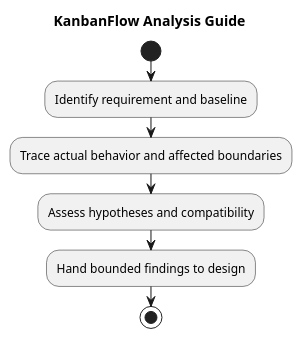
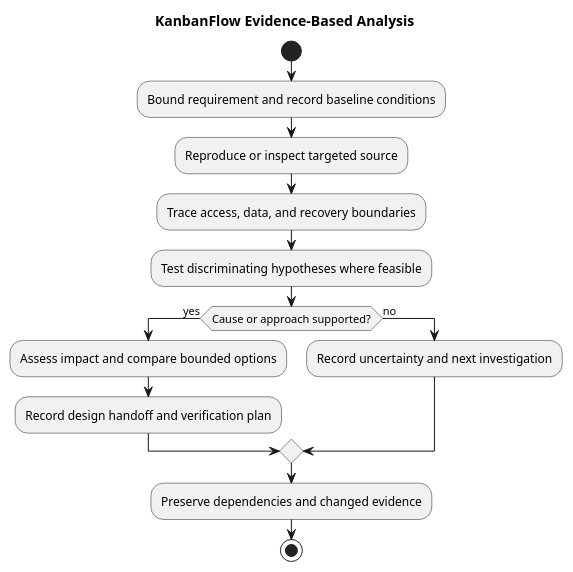
The diagram in docs/SDLC/03-analysis/analysis.md (Farhad-Valizadegan/Web-KanbanFlow), drawn with PlantUML before and after one commit. The commit also changed other lines of this file and 2 other files, not shown here.

Commit message:
docs: complete analysis investigation impact and design handoff

````diff
--- a/docs/SDLC/03-analysis/analysis.md
+++ b/docs/SDLC/03-analysis/analysis.md
@@ -48,11 +137,18 @@
 ```plantuml
 @startuml
-title KanbanFlow Analysis Guide
+title KanbanFlow Evidence-Based Analysis
 start
-:Identify requirement and baseline;
-:Trace actual behavior and affected boundaries;
-:Assess hypotheses and compatibility;
-:Hand bounded findings to design;
+:Bound requirement and record baseline conditions;
+:Reproduce or inspect targeted source;
+:Trace access, data, and recovery boundaries;
+:Test discriminating hypotheses where feasible;
+if (Cause or approach supported?) then (yes)
+ :Assess impact and compare bounded options;
+ :Record design handoff and verification plan;
+else (no)
+ :Record uncertainty and next investigation;
+endif
+:Preserve dependencies and changed evidence;
 stop
 @enduml
 ```
````
